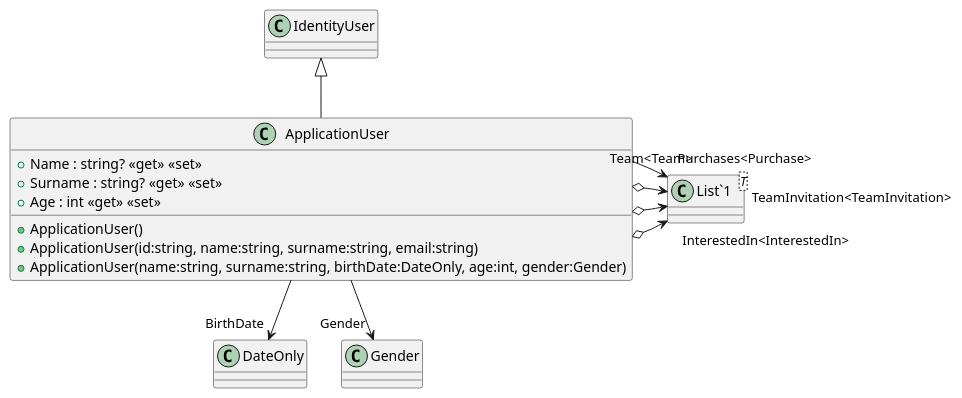
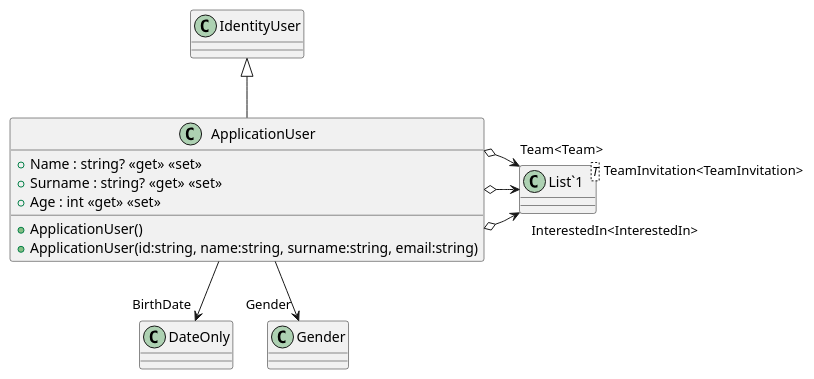
Before and after one commit to SEII2627SEALLUAN/SEII2627SEALLUAN: the diagram in src/AppForSEII.API/ClassDiagram/ApplicationUser.puml, drawn with PlantUML. The commit also changed 13 other files, not shown here.

Commit message:
- finish the definition of its classes of Model folowing the instructions of the previous week. - create the different relationships included in its UC diagram.

```diff
--- a/src/AppForSEII.API/ClassDiagram/ApplicationUser.puml
+++ b/src/AppForSEII.API/ClassDiagram/ApplicationUser.puml
@@ -1,19 +1,17 @@
 @startuml
 class ApplicationUser {
     + ApplicationUser()
     + ApplicationUser(id:string, name:string, surname:string, email:string)
-    + ApplicationUser(name:string, surname:string, birthDate:DateOnly, age:int, gender:Gender)
     + Name : string? <<get>> <<set>>
     + Surname : string? <<get>> <<set>>
     + Age : int <<get>> <<set>>
 }
 class "List`1"<T> {
 }
 IdentityUser <|-- ApplicationUser
 ApplicationUser --> "BirthDate" DateOnly
 ApplicationUser --> "Gender" Gender
 ApplicationUser o-> "InterestedIn<InterestedIn>" "List`1"
 ApplicationUser o-> "TeamInvitation<TeamInvitation>" "List`1"
 ApplicationUser o-> "Team<Team>" "List`1"
-ApplicationUser --> "Purchases<Purchase>" "List`1"
 @enduml
```
